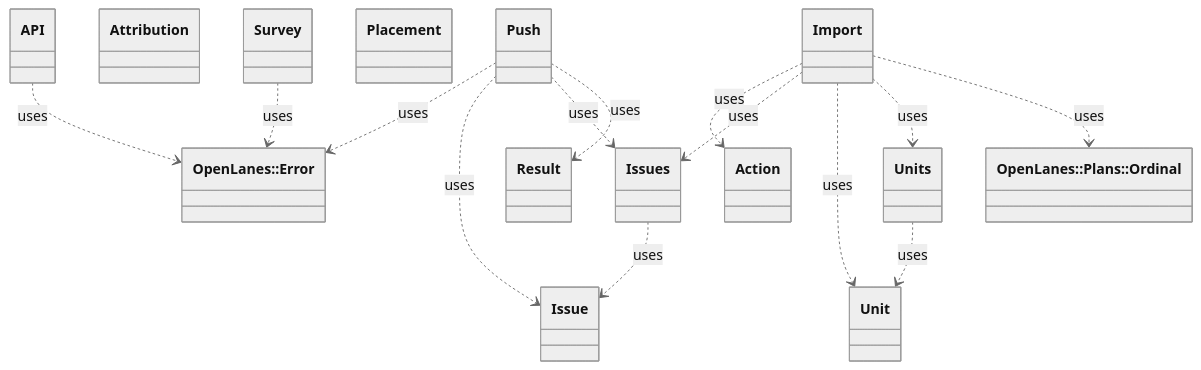
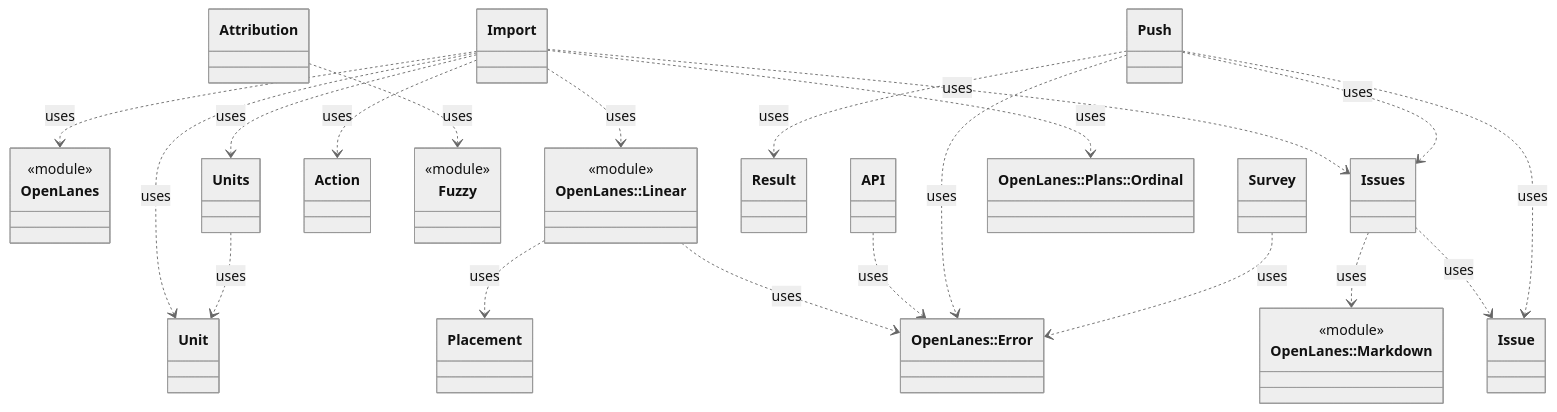
One commit to kigster/openlanes changed the diagram in docs/architecture/openlanes-linear.md. Above: the diagram before and after it, drawn with Mermaid (neutral theme). The commit also changed 33 other files, not shown here.

````diff
--- a/docs/architecture/openlanes-linear.md
+++ b/docs/architecture/openlanes-linear.md
@@ -5,30 +5,44 @@
 ```mermaid
 classDiagram
+  class OpenLanes["OpenLanes"]
+  <<module>> OpenLanes
   class OpenLanes__Error["OpenLanes::Error"]
+  class OpenLanes__Linear["OpenLanes::Linear"]
+  <<module>> OpenLanes__Linear
   class OpenLanes__Linear__API["API"]
   class OpenLanes__Linear__Action["Action"]
   class OpenLanes__Linear__Attribution["Attribution"]
+  class OpenLanes__Linear__Fuzzy["Fuzzy"]
+  <<module>> OpenLanes__Linear__Fuzzy
   class OpenLanes__Linear__Import["Import"]
   class OpenLanes__Linear__Issue["Issue"]
   class OpenLanes__Linear__Issues["Issues"]
   class OpenLanes__Linear__Placement["Placement"]
   class OpenLanes__Linear__Push["Push"]
   class OpenLanes__Linear__Result["Result"]
   class OpenLanes__Linear__Survey["Survey"]
   class OpenLanes__Linear__Unit["Unit"]
   class OpenLanes__Linear__Units["Units"]
+  class OpenLanes__Markdown["OpenLanes::Markdown"]
+  <<module>> OpenLanes__Markdown
   class OpenLanes__Plans__Ordinal["OpenLanes::Plans::Ordinal"]
+  OpenLanes__Linear ..> OpenLanes__Error : uses
+  OpenLanes__Linear ..> OpenLanes__Linear__Placement : uses
   OpenLanes__Linear__API ..> OpenLanes__Error : uses
+  OpenLanes__Linear__Attribution ..> OpenLanes__Linear__Fuzzy : uses
+  OpenLanes__Linear__Import ..> OpenLanes : uses
+  OpenLanes__Linear__Import ..> OpenLanes__Linear : uses
   OpenLanes__Linear__Import ..> OpenLanes__Linear__Action : uses
   OpenLanes__Linear__Import ..> OpenLanes__Linear__Issues : uses
   OpenLanes__Linear__Import ..> OpenLanes__Linear__Unit : uses
   OpenLanes__Linear__Import ..> OpenLanes__Linear__Units : uses
   OpenLanes__Linear__Import ..> OpenLanes__Plans__Ordinal : uses
   OpenLanes__Linear__Issues ..> OpenLanes__Linear__Issue : uses
+  OpenLanes__Linear__Issues ..> OpenLanes__Markdown : uses
   OpenLanes__Linear__Push ..> OpenLanes__Error : uses
   OpenLanes__Linear__Push ..> OpenLanes__Linear__Issue : uses
   OpenLanes__Linear__Push ..> OpenLanes__Linear__Issues : uses
   OpenLanes__Linear__Push ..> OpenLanes__Linear__Result : uses
   OpenLanes__Linear__Survey ..> OpenLanes__Error : uses
   OpenLanes__Linear__Units ..> OpenLanes__Linear__Unit : uses
 ```
````
